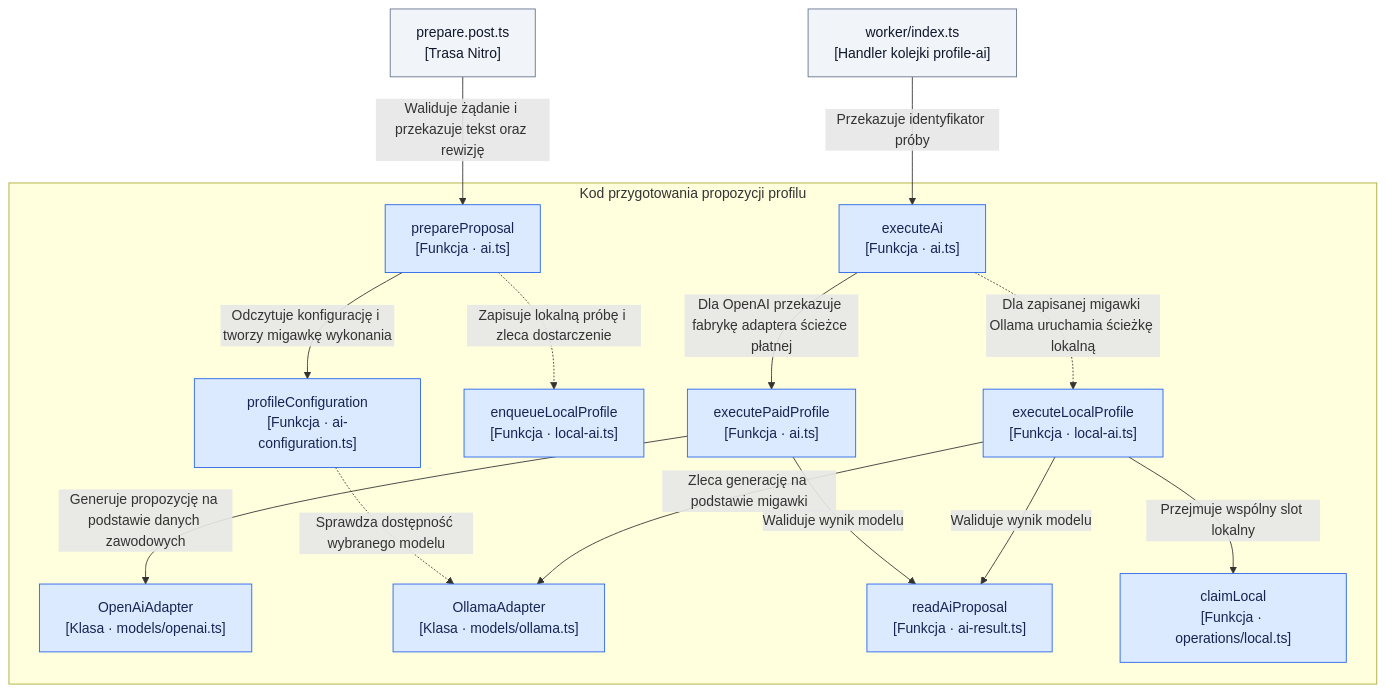
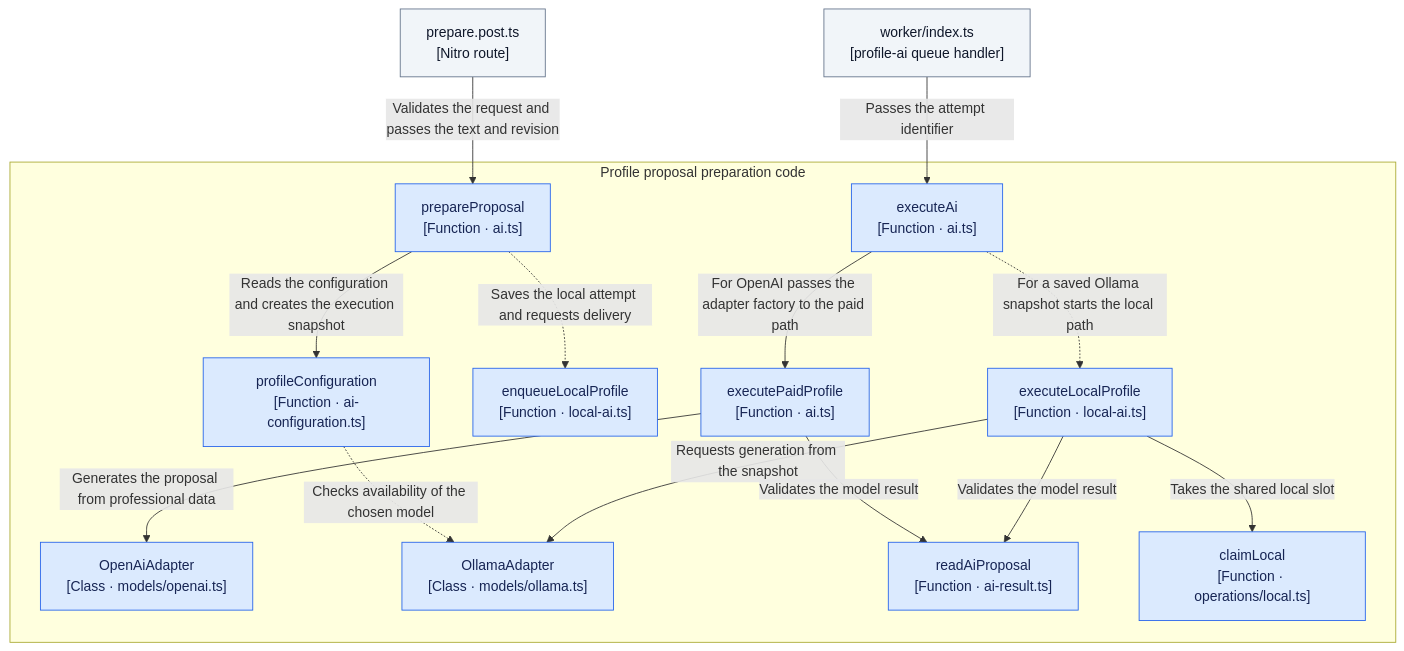
Before and after one commit to pioziol123/ofertorix-rekrutus: the fifth of 5 diagrams in docs/research/egm-architektura-2026-11-13/review-input.md, drawn with Mermaid. The commit also changed other lines of this file and 126 other files, not shown here.

````diff
--- a/docs/research/egm-architektura-2026-11-13/review-input.md
+++ b/docs/research/egm-architektura-2026-11-13/review-input.md
@@ -195,36 +195,36 @@
 ```mermaid
 flowchart TB
-  Prepare["prepare.post.ts<br/>[Trasa Nitro]"]
-  Worker["worker/index.ts<br/>[Handler kolejki profile-ai]"]
+  Prepare["prepare.post.ts<br/>[Nitro route]"]
+  Worker["worker/index.ts<br/>[profile-ai queue handler]"]
 
-  subgraph Proposal["Kod przygotowania propozycji profilu"]
-    Enqueue["prepareProposal<br/>[Funkcja · ai.ts]"]
-    Config["profileConfiguration<br/>[Funkcja · ai-configuration.ts]"]
-    LocalQueue["enqueueLocalProfile<br/>[Funkcja · local-ai.ts]"]
-    Dispatch["executeAi<br/>[Funkcja · ai.ts]"]
-    Paid["executePaidProfile<br/>[Funkcja · ai.ts]"]
-    Local["executeLocalProfile<br/>[Funkcja · local-ai.ts]"]
-    OpenAI["OpenAiAdapter<br/>[Klasa · models/openai.ts]"]
-    Ollama["OllamaAdapter<br/>[Klasa · models/ollama.ts]"]
-    Result["readAiProposal<br/>[Funkcja · ai-result.ts]"]
-    Slot["claimLocal<br/>[Funkcja · operations/local.ts]"]
+  subgraph Proposal["Profile proposal preparation code"]
+    Enqueue["prepareProposal<br/>[Function · ai.ts]"]
+    Config["profileConfiguration<br/>[Function · ai-configuration.ts]"]
+    LocalQueue["enqueueLocalProfile<br/>[Function · local-ai.ts]"]
+    Dispatch["executeAi<br/>[Function · ai.ts]"]
+    Paid["executePaidProfile<br/>[Function · ai.ts]"]
+    Local["executeLocalProfile<br/>[Function · local-ai.ts]"]
+    OpenAI["OpenAiAdapter<br/>[Class · models/openai.ts]"]
+    Ollama["OllamaAdapter<br/>[Class · models/ollama.ts]"]
+    Result["readAiProposal<br/>[Function · ai-result.ts]"]
+    Slot["claimLocal<br/>[Function · operations/local.ts]"]
   end
 
-  Prepare -->|"Waliduje żądanie i przekazuje tekst oraz rewizję"| Enqueue
-  Enqueue -->|"Odczytuje konfigurację i tworzy migawkę wykonania"| Config
-  Config -.->|"Sprawdza dostępność wybranego modelu"| Ollama
-  Enqueue -.->|"Zapisuje lokalną próbę i zleca dostarczenie"| LocalQueue
-  Worker -->|"Przekazuje identyfikator próby"| Dispatch
-  Dispatch -->|"Dla OpenAI przekazuje fabrykę adaptera ścieżce płatnej"| Paid
-  Dispatch -.->|"Dla zapisanej migawki Ollama uruchamia ścieżkę lokalną"| Local
-  Paid -->|"Generuje propozycję na podstawie danych zawodowych"| OpenAI
-  Paid -->|"Waliduje wynik modelu"| Result
-  Local -->|"Przejmuje wspólny slot lokalny"| Slot
-  Local -->|"Zleca generację na podstawie migawki"| Ollama
-  Local -->|"Waliduje wynik modelu"| Result
+  Prepare -->|"Validates the request and passes the text and revision"| Enqueue
+  Enqueue -->|"Reads the configuration and creates the execution snapshot"| Config
+  Config -.->|"Checks availability of the chosen model"| Ollama
+  Enqueue -.->|"Saves the local attempt and requests delivery"| LocalQueue
+  Worker -->|"Passes the attempt identifier"| Dispatch
+  Dispatch -->|"For OpenAI passes the adapter factory to the paid path"| Paid
+  Dispatch -.->|"For a saved Ollama snapshot starts the local path"| Local
+  Paid -->|"Generates the proposal from professional data"| OpenAI
+  Paid -->|"Validates the model result"| Result
+  Local -->|"Takes the shared local slot"| Slot
+  Local -->|"Requests generation from the snapshot"| Ollama
+  Local -->|"Validates the model result"| Result
 
   classDef internal fill:#dbeafe,stroke:#2563eb,color:#172554
   classDef external fill:#f1f5f9,stroke:#64748b,color:#0f172a
   class Enqueue,Config,LocalQueue,Dispatch,Paid,Local,OpenAI,Ollama,Result,Slot internal
   class Prepare,Worker external
 ```
````
